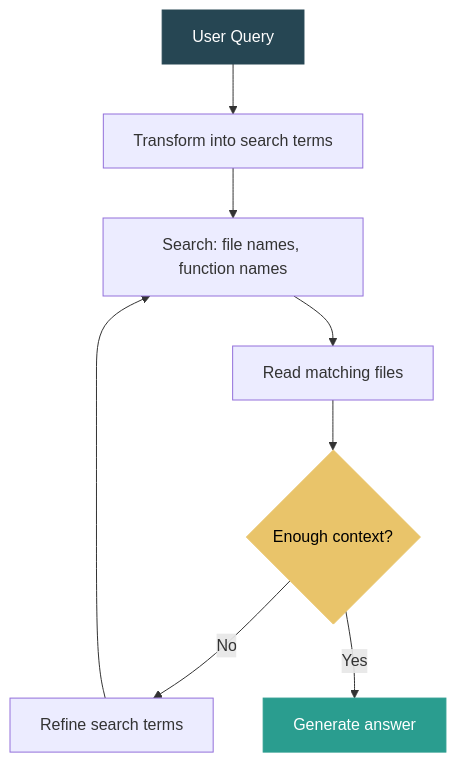
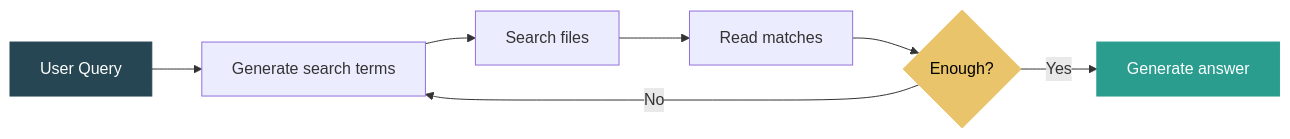
The second of 2 diagrams in 001-why-claude-code-works-and-rag-doesnt-have-to.md (dangquan1402/community-contributor-posts), drawn with Mermaid before and after one commit. The commit also changed other lines of this file and 9 other files, not shown here.

First line of the commit message:
Improve diagrams, add inline references and TOC headers across all posts

````diff
--- a/001-why-claude-code-works-and-rag-doesnt-have-to.md
+++ b/001-why-claude-code-works-and-rag-doesnt-have-to.md
@@ -58,14 +58,13 @@
 ```mermaid
-graph TD
-    A["User Query"] --> B["Transform into search terms"]
-    B --> C["Search: file names, function names"]
-    C --> D["Read matching files"]
-    D --> E{"Enough context?"}
-    E -->|No| F["Refine search terms"]
-    F --> C
-    E -->|Yes| G["Generate answer"]
+graph LR
+    A["User Query"] --> B["Generate search terms"]
+    B --> C["Search files"]
+    C --> D["Read matches"]
+    D --> E{"Enough?"}
+    E -->|Yes| F["Generate answer"]
+    E -->|No| B
 
     style A fill:#264653,stroke:#264653,color:#fff
-    style G fill:#2a9d8f,stroke:#2a9d8f,color:#fff
+    style F fill:#2a9d8f,stroke:#2a9d8f,color:#fff
     style E fill:#e9c46a,stroke:#e9c46a,color:#000
 ```
````
